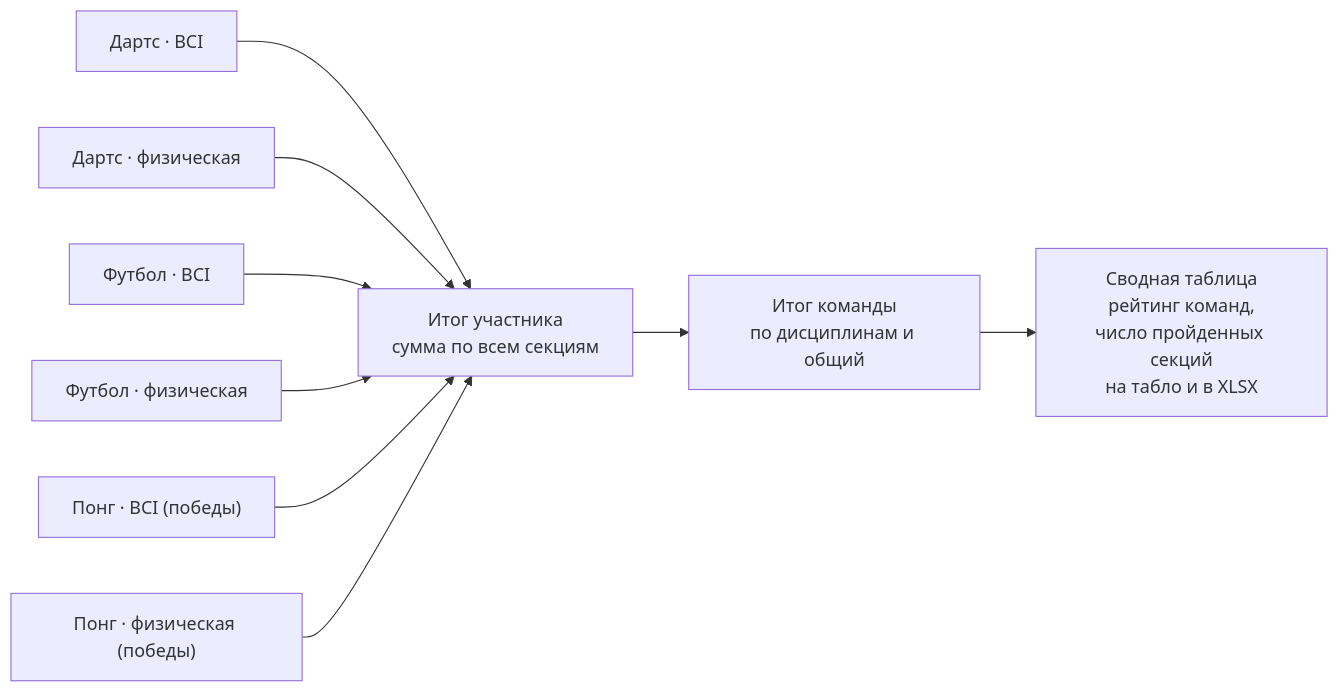
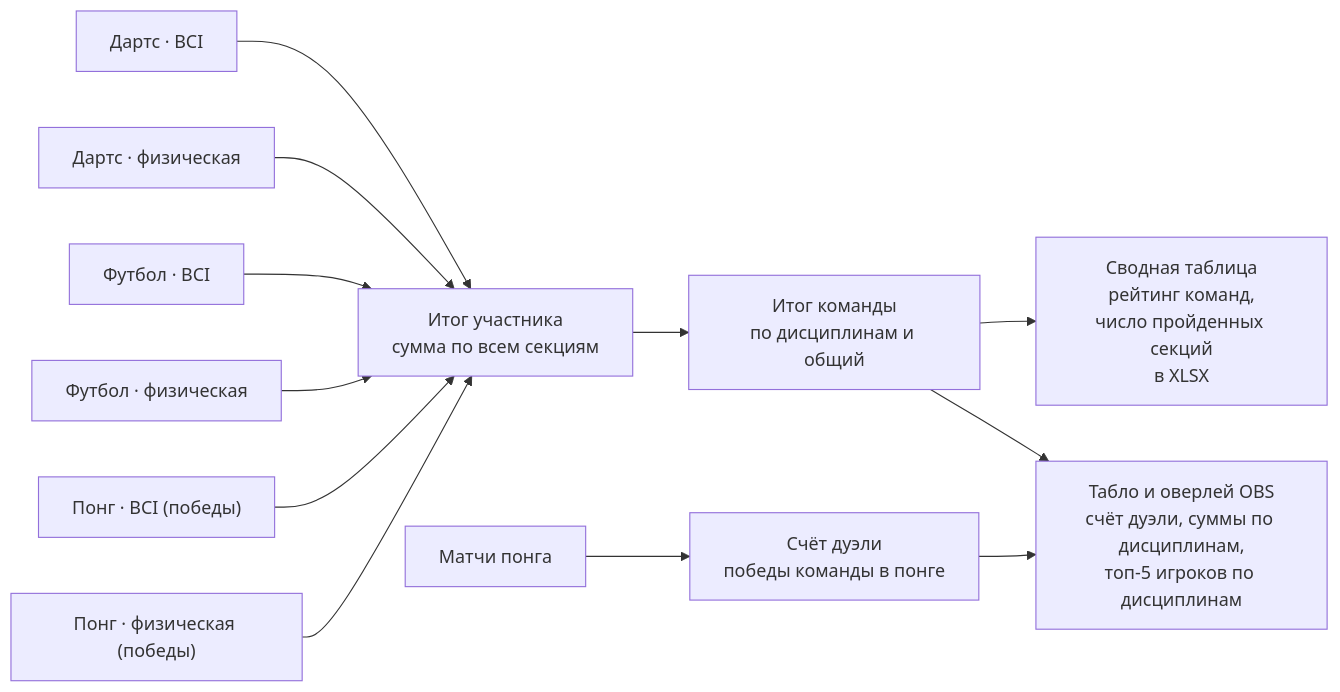
One commit to L0GIN0UT/Neurotlon changed the ninth of 9 diagrams in docs/architecture.md. Above: the diagram before and after it, drawn with Mermaid. The commit also changed other lines of this file and 2 other files, not shown here.

Commit message:
docs: describe duel score, discipline bands and OBS overlay

````diff
--- a/docs/architecture.md
+++ b/docs/architecture.md
@@ -259,11 +259,14 @@
 ```mermaid
 flowchart LR
     T1["Дартс · BCI"] --> P
     T2["Дартс · физическая"] --> P
     T3["Футбол · BCI"] --> P
     T4["Футбол · физическая"] --> P
     T5["Понг · BCI (победы)"] --> P
     T6["Понг · физическая (победы)"] --> P
     P["Итог участника<br/>сумма по всем секциям"] --> C["Итог команды<br/>по дисциплинам и общий"]
-    C --> S["Сводная таблица<br/>рейтинг команд,<br/>число пройденных секций<br/>на табло и в XLSX"]
+    C --> S["Сводная таблица<br/>рейтинг команд,<br/>число пройденных секций<br/>в XLSX"]
+    C --> B["Табло и оверлей OBS<br/>счёт дуэли, суммы по дисциплинам,<br/>топ-5 игроков по дисциплинам"]
+    M["Матчи понга"] --> D["Счёт дуэли<br/>победы команды в понге"]
+    D --> B
 ```
````
